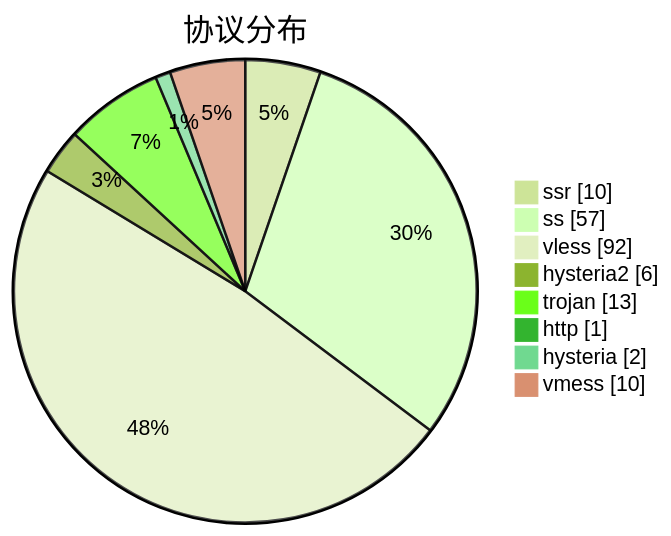
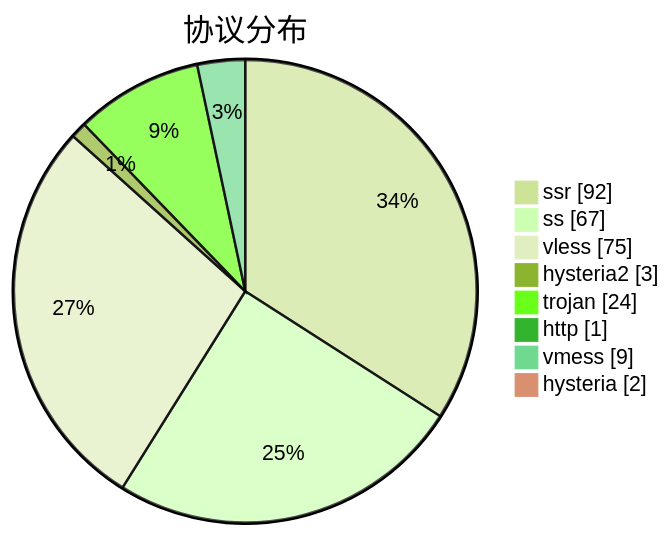
The third of 3 diagrams in subs/statistics/tested_within.md (sinspired/airport), drawn with Mermaid (forest theme) before and after one commit. The commit also changed other lines of this file and 2 other files, not shown here.

````diff
--- a/subs/statistics/tested_within.md
+++ b/subs/statistics/tested_within.md
@@ -37,12 +52,12 @@
 ```mermaid
 pie showData
 title 协议分布
-"ssr" : 10
-"ss" : 57
-"vless" : 92
-"hysteria2" : 6
-"trojan" : 13
+"ssr" : 92
+"ss" : 67
+"vless" : 75
+"hysteria2" : 3
+"trojan" : 24
 "http" : 1
+"vmess" : 9
 "hysteria" : 2
-"vmess" : 10
 ```
````
